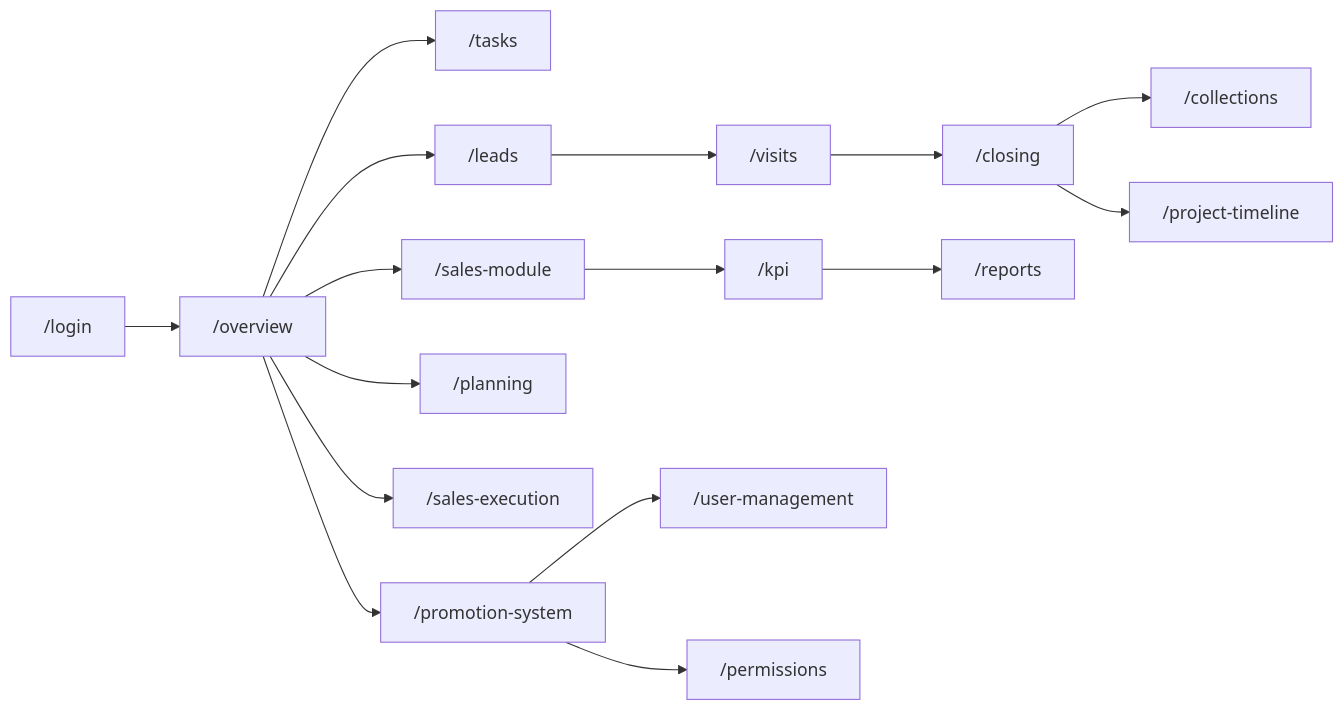
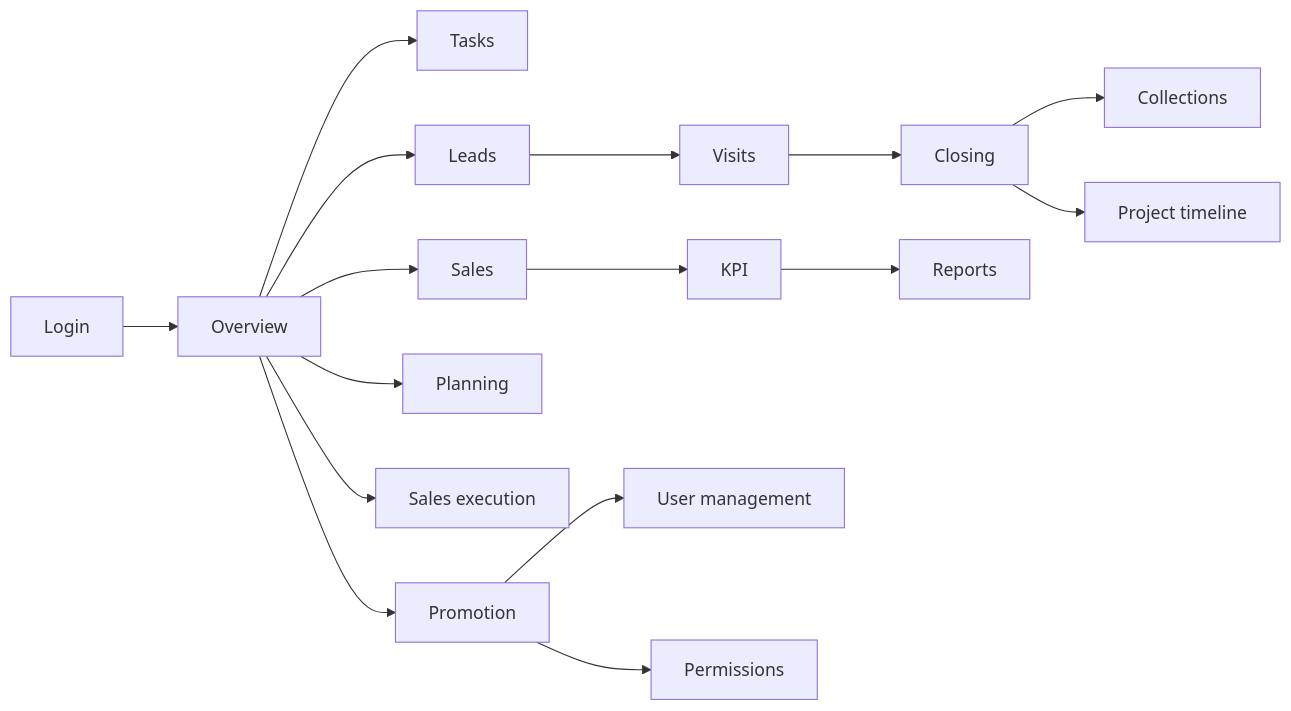
The second of 9 diagrams in docs/reverse_engineering.md (ProGroup1040/sales-team-platform), drawn with Mermaid before and after one commit. The commit also changed other lines of this file and 1 other file, not shown here.

Commit message:
Harden Mermaid diagrams for parser compatibility

````diff
--- a/docs/reverse_engineering.md
+++ b/docs/reverse_engineering.md
@@ -160,18 +160,18 @@
 ```mermaid
 flowchart LR
-    Login["/login"] --> Overview["/overview"]
-    Overview --> Tasks["/tasks"]
-    Overview --> Leads["/leads"]
-    Leads --> Visits["/visits"]
-    Visits --> Closing["/closing"]
-    Closing --> Collections["/collections"]
-    Closing --> Project["/project-timeline"]
-    Overview --> Sales["/sales-module"]
-    Sales --> KPI["/kpi"]
-    KPI --> Reports["/reports"]
-    Overview --> Planning["/planning"]
-    Overview --> Execution["/sales-execution"]
-    Overview --> Promotion["/promotion-system"]
-    Promotion --> Users["/user-management"]
-    Promotion --> Permissions["/permissions"]
+    Login[Login] --> Overview[Overview]
+    Overview --> Tasks[Tasks]
+    Overview --> Leads[Leads]
+    Leads --> Visits[Visits]
+    Visits --> Closing[Closing]
+    Closing --> Collections[Collections]
+    Closing --> Project[Project timeline]
+    Overview --> Sales[Sales]
+    Sales --> KPI[KPI]
+    KPI --> Reports[Reports]
+    Overview --> Planning[Planning]
+    Overview --> Execution[Sales execution]
+    Overview --> Promotion[Promotion]
+    Promotion --> Users[User management]
+    Promotion --> Permissions[Permissions]
 ```
````
